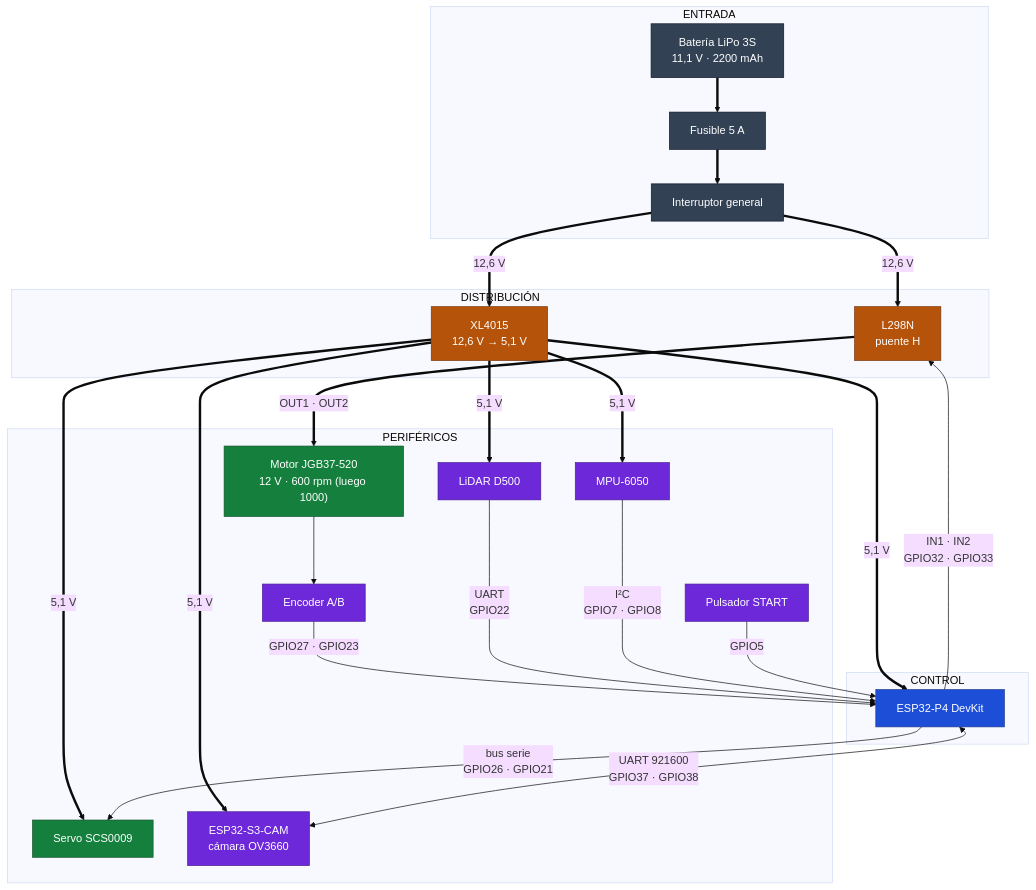
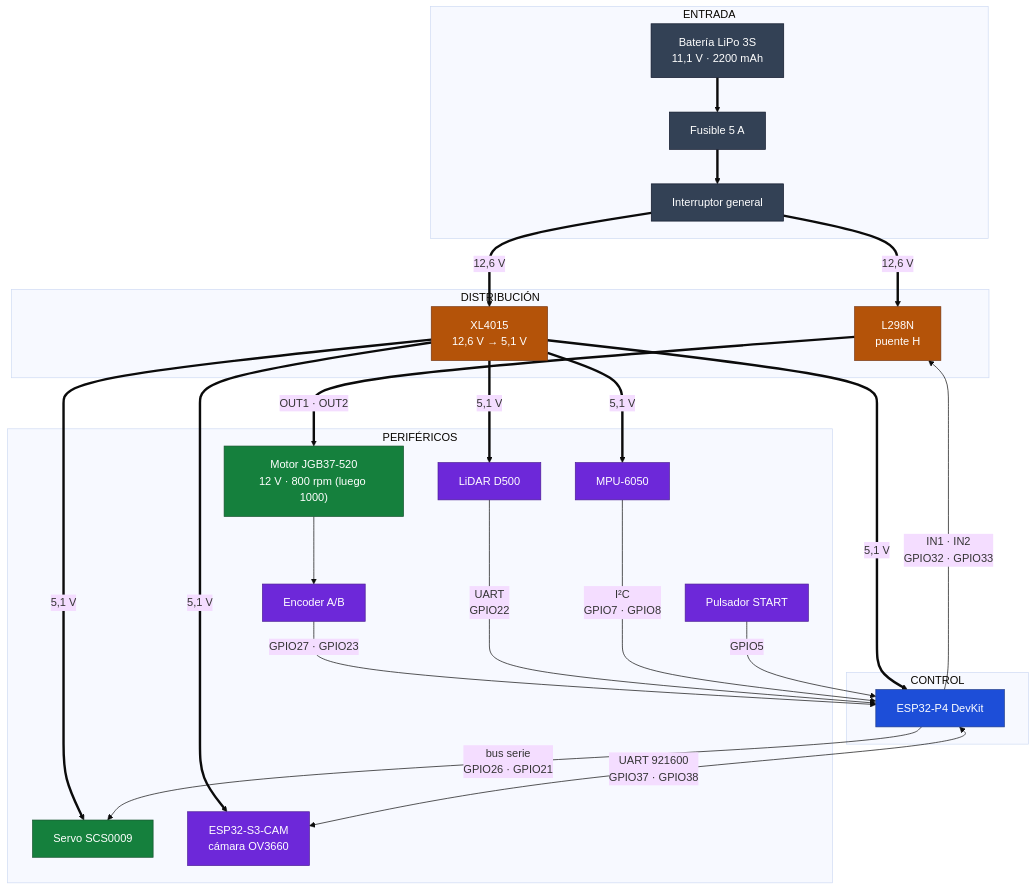
One commit to Eddym06/AutoNex changed the first of 5 diagrams in docs/ELECTRONICS.md. Above: the diagram before and after it, drawn with Mermaid (base theme). The commit also changed other lines of this file and 66 other files, not shown here.

First line of the commit message:
Hardware real medido: pines, motor 800 rpm (844 medidas), encoder 440, camara a 71 fps; limites del simulador atados al modelo del motor

````diff
--- a/docs/ELECTRONICS.md
+++ b/docs/ELECTRONICS.md
@@ -79,57 +79,57 @@
 ```mermaid
 flowchart TB
     subgraph ENT["ENTRADA"]
         BAT["Batería LiPo 3S<br/>11,1 V · 2200 mAh"]
         FUS["Fusible 5 A"]
         SW["Interruptor general"]
     end
 
     subgraph DIST["DISTRIBUCIÓN"]
         L298["L298N<br/>puente H"]
         BUCK["XL4015<br/>12,6 V → 5,1 V"]
     end
 
     subgraph CTRL["CONTROL"]
         P4["ESP32-P4 DevKit"]
     end
 
     subgraph PER["PERIFÉRICOS"]
-        MOT["Motor JGB37-520<br/>12 V · 600 rpm (luego 1000)"]
+        MOT["Motor JGB37-520<br/>12 V · 800 rpm (luego 1000)"]
         ENC["Encoder A/B"]
         SRV["Servo SCS0009"]
         LID["LiDAR D500"]
         IMU["MPU-6050"]
         BTN["Pulsador START"]
         S3CAM["ESP32-S3-CAM<br/>cámara OV3660"]
     end
 
     BAT ==> FUS ==> SW
     SW ==>|"12,6 V"| L298
     SW ==>|"12,6 V"| BUCK
     BUCK ==>|"5,1 V"| P4
     BUCK ==>|"5,1 V"| SRV
     BUCK ==>|"5,1 V"| LID
     BUCK ==>|"5,1 V"| IMU
     BUCK ==>|"5,1 V"| S3CAM
     L298 ==>|"OUT1 · OUT2"| MOT
     MOT --> ENC
     P4 -->|"IN1 · IN2<br/>GPIO32 · GPIO33"| L298
     ENC -->|"GPIO27 · GPIO23"| P4
     P4 -->|"bus serie<br/>GPIO26 · GPIO21"| SRV
     LID -->|"UART<br/>GPIO22"| P4
     IMU -->|"I²C<br/>GPIO7 · GPIO8"| P4
     BTN -->|"GPIO5"| P4
     P4 <-->|"UART 921600<br/>GPIO37 · GPIO38"| S3CAM
 
     classDef ent fill:#334155,stroke:#0f172a,color:#ffffff
     classDef dist fill:#b45309,stroke:#78350f,color:#ffffff
     classDef ctrl fill:#1d4ed8,stroke:#1e3a8a,color:#ffffff
     classDef act fill:#15803d,stroke:#14532d,color:#ffffff
     classDef sen fill:#6d28d9,stroke:#4c1d95,color:#ffffff
 
     class BAT,FUS,SW ent
     class L298,BUCK dist
     class P4 ctrl
     class MOT,SRV act
     class ENC,LID,IMU,BTN,S3CAM sen
 ```
````
